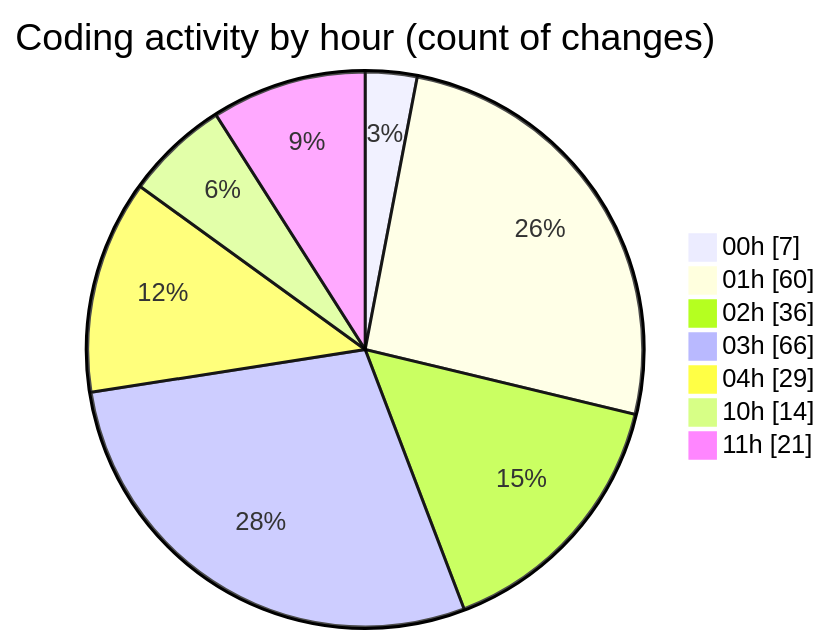
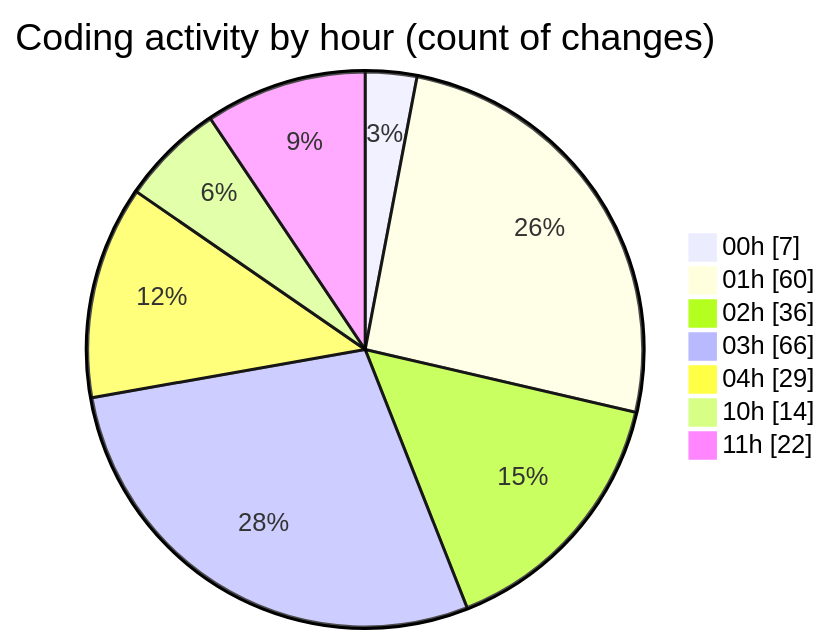
Before and after one commit to julien-gomy/code-tracking: the second of 2 diagrams in 2025-10-07/eventscop-frontend-guide__workspace_/README.md, drawn with Mermaid. The commit also changed other lines of this file and 1 other file, not shown here.

````diff
--- a/2025-10-07/eventscop-frontend-guide__workspace_/README.md
+++ b/2025-10-07/eventscop-frontend-guide__workspace_/README.md
@@ -104,11 +105,11 @@
 ```mermaid
 pie showData
 title Coding activity by hour (count of changes)
 "00h" : 7
 "01h" : 60
 "02h" : 36
 "03h" : 66
 "04h" : 29
 "10h" : 14
-"11h" : 21
+"11h" : 22
 ```
````
